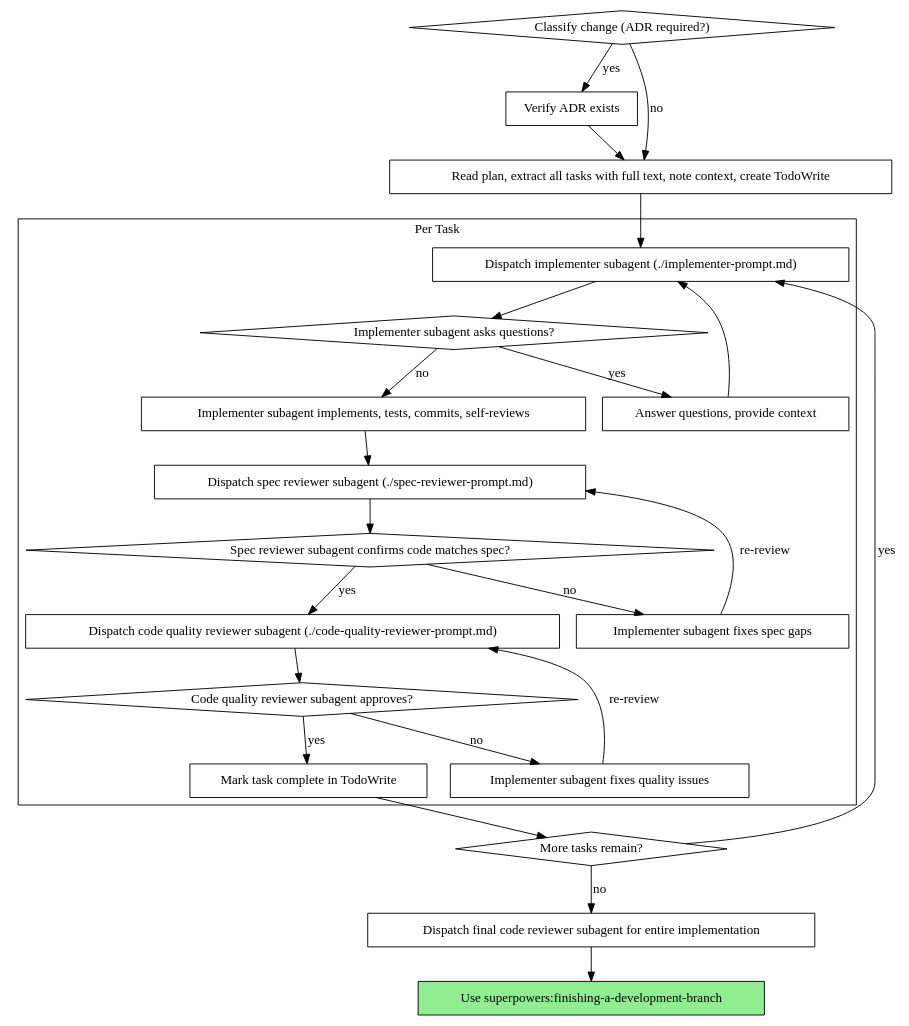
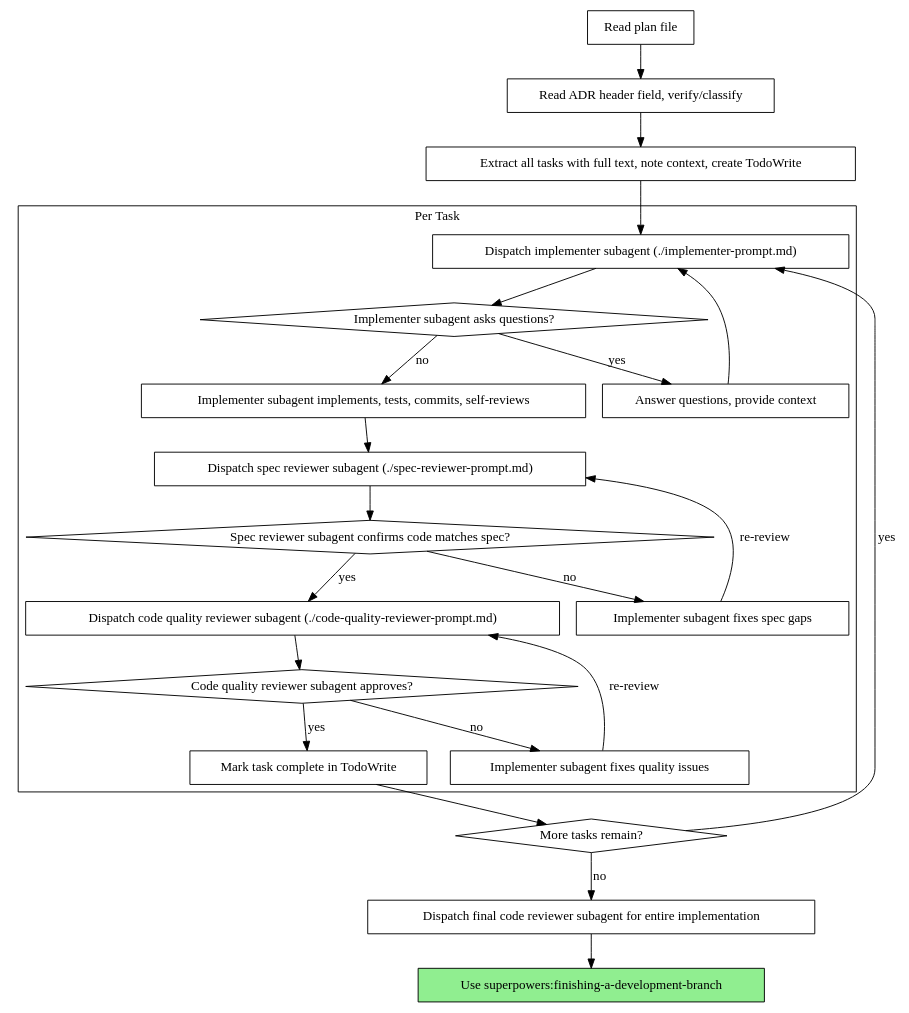
The second of 2 diagrams in skills/subagent-driven-development/SKILL.md (kei0916/superpowers), drawn with Graphviz before and after one commit. The commit also changed other lines of this file and 1 other file, not shown here.

Commit message:
fix(execution): read ADR state from plan header instead of re-deriving before plan load

````diff
--- a/skills/subagent-driven-development/SKILL.md
+++ b/skills/subagent-driven-development/SKILL.md
@@ -56,49 +51,48 @@
 ```dot
 digraph process {
     rankdir=TB;
 
     subgraph cluster_per_task {
         label="Per Task";
         "Dispatch implementer subagent (./implementer-prompt.md)" [shape=box];
         "Implementer subagent asks questions?" [shape=diamond];
         "Answer questions, provide context" [shape=box];
         "Implementer subagent implements, tests, commits, self-reviews" [shape=box];
         "Dispatch spec reviewer subagent (./spec-reviewer-prompt.md)" [shape=box];
         "Spec reviewer subagent confirms code matches spec?" [shape=diamond];
         "Implementer subagent fixes spec gaps" [shape=box];
         "Dispatch code quality reviewer subagent (./code-quality-reviewer-prompt.md)" [shape=box];
         "Code quality reviewer subagent approves?" [shape=diamond];
         "Implementer subagent fixes quality issues" [shape=box];
         "Mark task complete in TodoWrite" [shape=box];
     }
 
-    "Classify change (ADR required?)" [shape=diamond];
-    "Verify ADR exists" [shape=box];
-    "Read plan, extract all tasks with full text, note context, create TodoWrite" [shape=box];
+    "Read plan file" [shape=box];
+    "Read ADR header field, verify/classify" [shape=box];
+    "Extract all tasks with full text, note context, create TodoWrite" [shape=box];
     "More tasks remain?" [shape=diamond];
     "Dispatch final code reviewer subagent for entire implementation" [shape=box];
     "Use superpowers:finishing-a-development-branch" [shape=box style=filled fillcolor=lightgreen];
 
-    "Classify change (ADR required?)" -> "Verify ADR exists" [label="yes"];
-    "Classify change (ADR required?)" -> "Read plan, extract all tasks with full text, note context, create TodoWrite" [label="no"];
-    "Verify ADR exists" -> "Read plan, extract all tasks with full text, note context, create TodoWrite";
-    "Read plan, extract all tasks with full text, note context, create TodoWrite" -> "Dispatch implementer subagent (./implementer-prompt.md)";
+    "Read plan file" -> "Read ADR header field, verify/classify";
+    "Read ADR header field, verify/classify" -> "Extract all tasks with full text, note context, create TodoWrite";
+    "Extract all tasks with full text, note context, create TodoWrite" -> "Dispatch implementer subagent (./implementer-prompt.md)";
     "Dispatch implementer subagent (./implementer-prompt.md)" -> "Implementer subagent asks questions?";
     "Implementer subagent asks questions?" -> "Answer questions, provide context" [label="yes"];
     "Answer questions, provide context" -> "Dispatch implementer subagent (./implementer-prompt.md)";
     "Implementer subagent asks questions?" -> "Implementer subagent implements, tests, commits, self-reviews" [label="no"];
     "Implementer subagent implements, tests, commits, self-reviews" -> "Dispatch spec reviewer subagent (./spec-reviewer-prompt.md)";
     "Dispatch spec reviewer subagent (./spec-reviewer-prompt.md)" -> "Spec reviewer subagent confirms code matches spec?";
     "Spec reviewer subagent confirms code matches spec?" -> "Implementer subagent fixes spec gaps" [label="no"];
     "Implementer subagent fixes spec gaps" -> "Dispatch spec reviewer subagent (./spec-reviewer-prompt.md)" [label="re-review"];
     "Spec reviewer subagent confirms code matches spec?" -> "Dispatch code quality reviewer subagent (./code-quality-reviewer-prompt.md)" [label="yes"];
     "Dispatch code quality reviewer subagent (./code-quality-reviewer-prompt.md)" -> "Code quality reviewer subagent approves?";
     "Code quality reviewer subagent approves?" -> "Implementer subagent fixes quality issues" [label="no"];
     "Implementer subagent fixes quality issues" -> "Dispatch code quality reviewer subagent (./code-quality-reviewer-prompt.md)" [label="re-review"];
     "Code quality reviewer subagent approves?" -> "Mark task complete in TodoWrite" [label="yes"];
     "Mark task complete in TodoWrite" -> "More tasks remain?";
     "More tasks remain?" -> "Dispatch implementer subagent (./implementer-prompt.md)" [label="yes"];
     "More tasks remain?" -> "Dispatch final code reviewer subagent for entire implementation" [label="no"];
     "Dispatch final code reviewer subagent for entire implementation" -> "Use superpowers:finishing-a-development-branch";
 }
 ```
````
